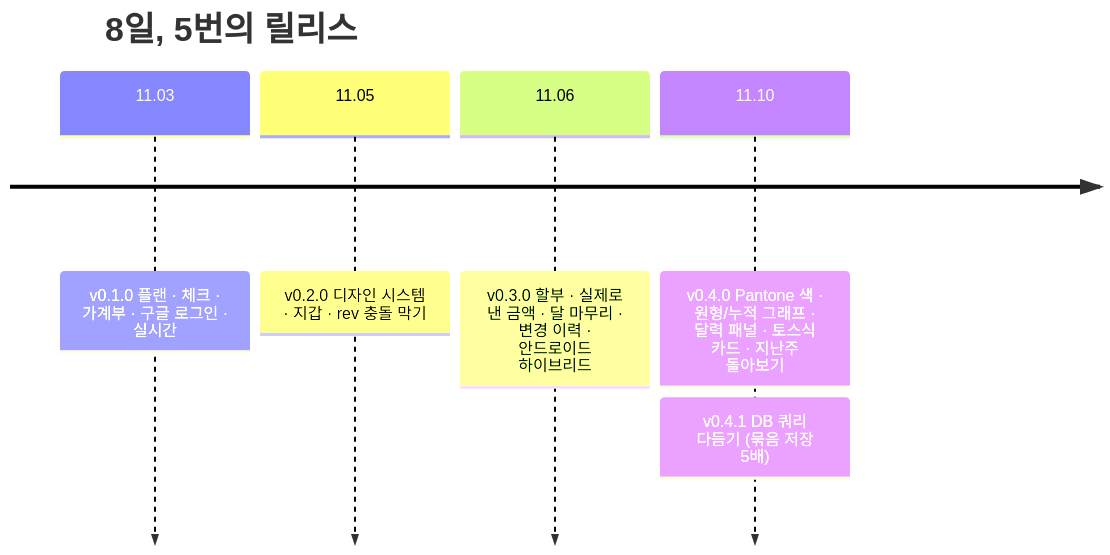
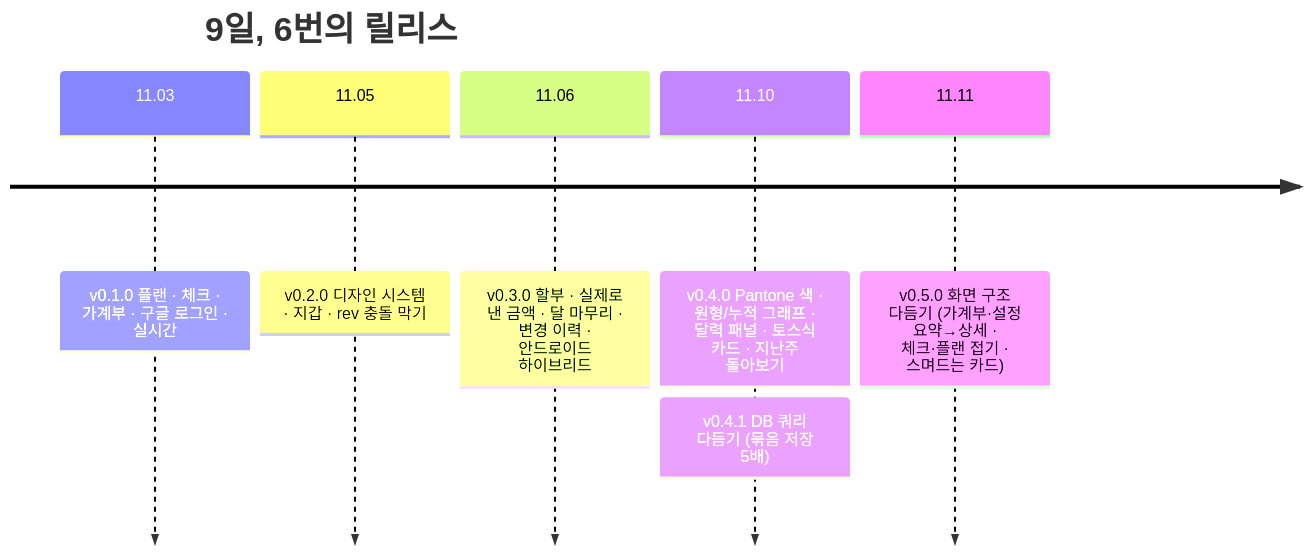
Before and after one commit to jojaden/our-money: the fifth of 5 diagrams in README.md, drawn with Mermaid. The commit also changed 5 other files, not shown here.

````diff
--- a/README.md
+++ b/README.md
@@ -146,9 +146,10 @@
 ```mermaid
 timeline
-  title 8일, 5번의 릴리스
+  title 9일, 6번의 릴리스
   11.03 : v0.1.0 플랜 · 체크 · 가계부 · 구글 로그인 · 실시간
   11.05 : v0.2.0 디자인 시스템 · 지갑 · rev 충돌 막기
   11.06 : v0.3.0 할부 · 실제로 낸 금액 · 달 마무리 · 변경 이력 · 안드로이드 하이브리드
   11.10 : v0.4.0 Pantone 색 · 원형/누적 그래프 · 달력 패널 · 토스식 카드 · 지난주 돌아보기
         : v0.4.1 DB 쿼리 다듬기 (묶음 저장 5배)
+  11.11 : v0.5.0 화면 구조 다듬기 (가계부·설정 요약→상세 · 체크·플랜 접기 · 스며드는 카드)
 ```
````
